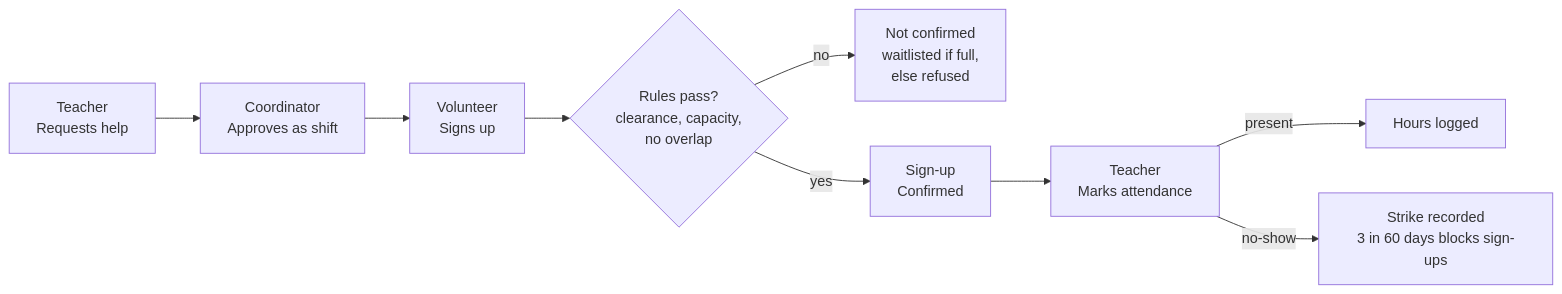
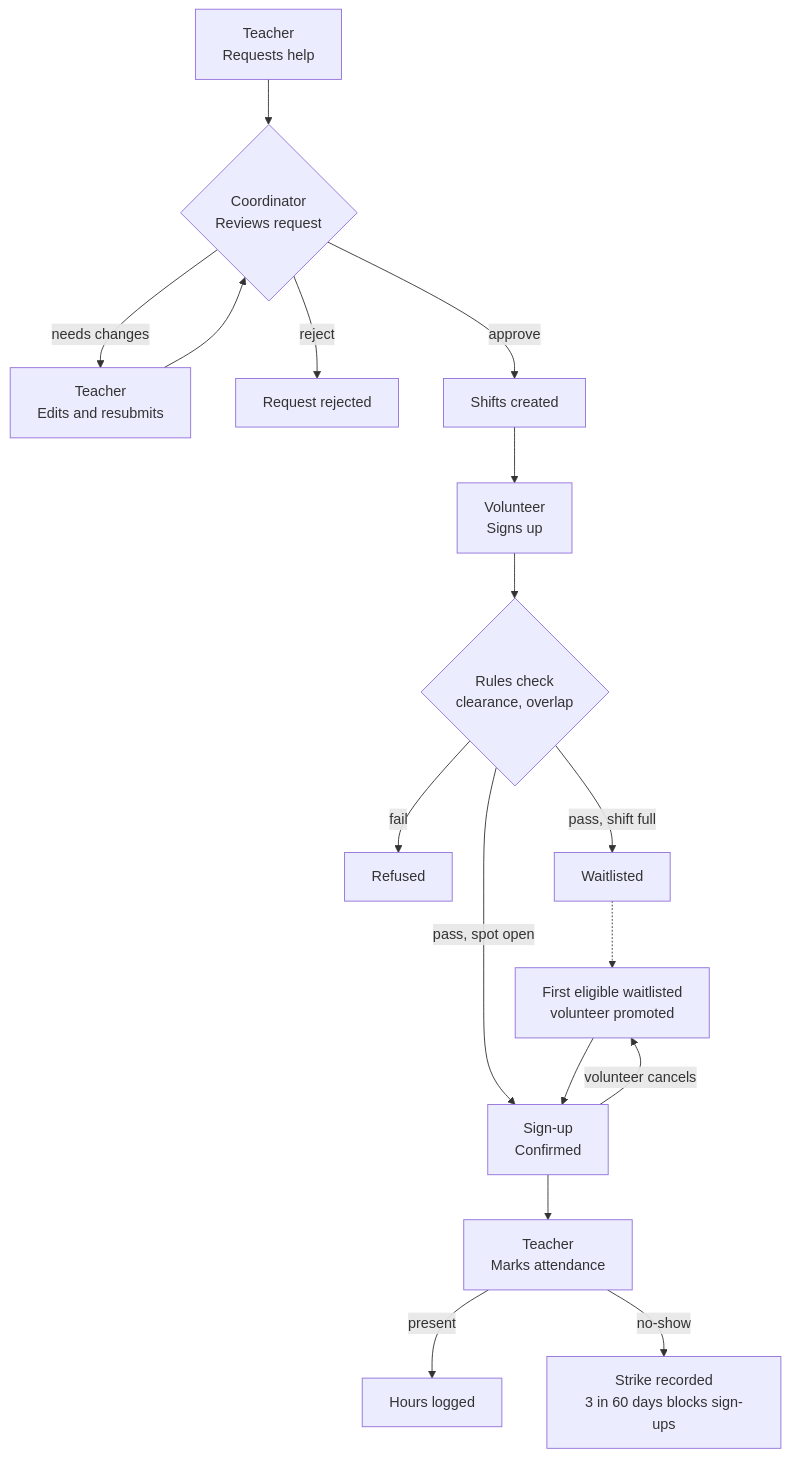
One commit to ArenKuik/Final-Project changed the diagram in PRD.md. Above: the diagram before and after it, drawn with Mermaid. The commit also changed other lines of this file, not shown here.

Commit message:
Revise PRD: revision loop, waitlist in Phase 1, time and concurrency rules

````diff
--- a/PRD.md
+++ b/PRD.md
@@ -67,11 +68,19 @@
 ```mermaid
-flowchart LR
-    A["Teacher<br/>Requests help"] --> B["Coordinator<br/>Approves as shift"]
-    B --> C["Volunteer<br/>Signs up"]
-    C --> D{"Rules pass?<br/>clearance, capacity,<br/>no overlap"}
-    D -- no --> E["Not confirmed<br/>waitlisted if full,<br/>else refused"]
-    D -- yes --> F["Sign-up<br/>Confirmed"]
-    F --> G["Teacher<br/>Marks attendance"]
-    G -- present --> H["Hours logged"]
-    G -- no-show --> I["Strike recorded<br/>3 in 60 days blocks sign-ups"]
+flowchart TD
+    A["Teacher<br/>Requests help"] --> B{"Coordinator<br/>Reviews request"}
+    B -- needs changes --> C["Teacher<br/>Edits and resubmits"]
+    C --> B
+    B -- reject --> D["Request rejected"]
+    B -- approve --> E["Shifts created"]
+    E --> F["Volunteer<br/>Signs up"]
+    F --> G{"Rules check<br/>clearance, overlap"}
+    G -- fail --> H["Refused"]
+    G -- pass, shift full --> I["Waitlisted"]
+    G -- pass, spot open --> J["Sign-up<br/>Confirmed"]
+    J -- volunteer cancels --> K["First eligible waitlisted<br/>volunteer promoted"]
+    I -.-> K
+    K --> J
+    J --> L["Teacher<br/>Marks attendance"]
+    L -- present --> M["Hours logged"]
+    L -- no-show --> N["Strike recorded<br/>3 in 60 days blocks sign-ups"]
 ```
````
